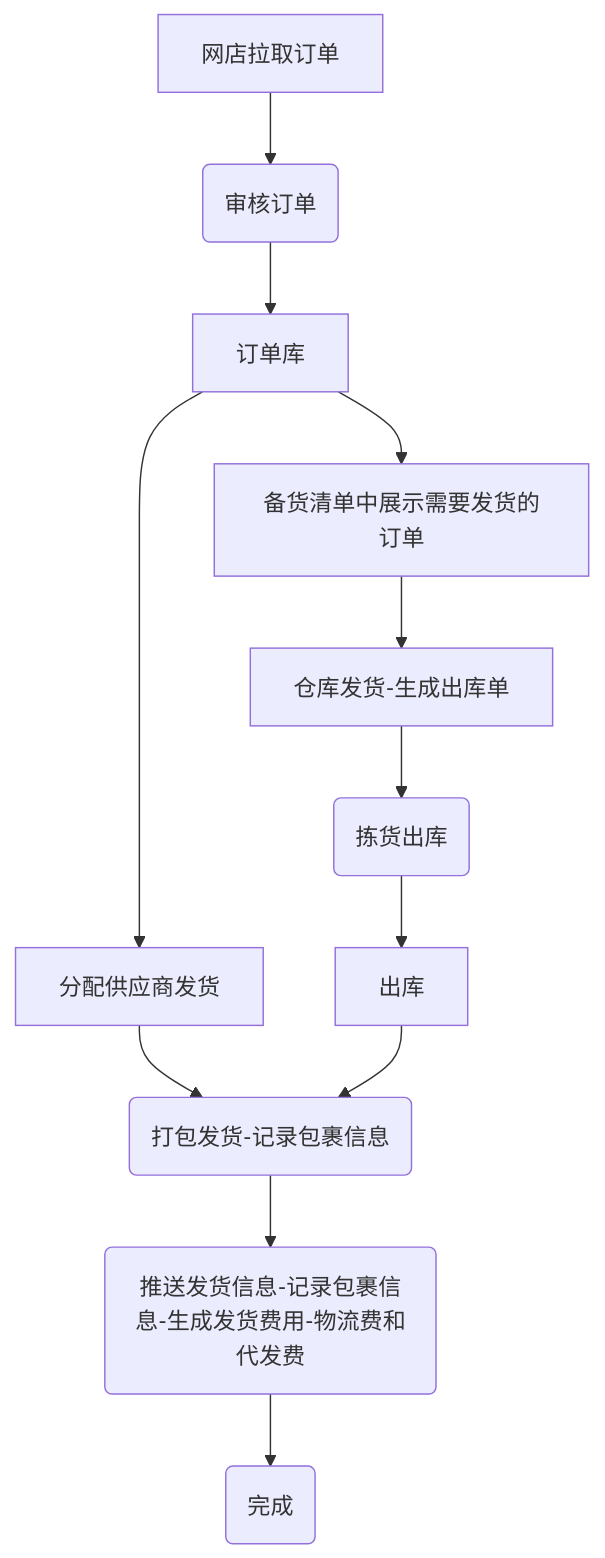
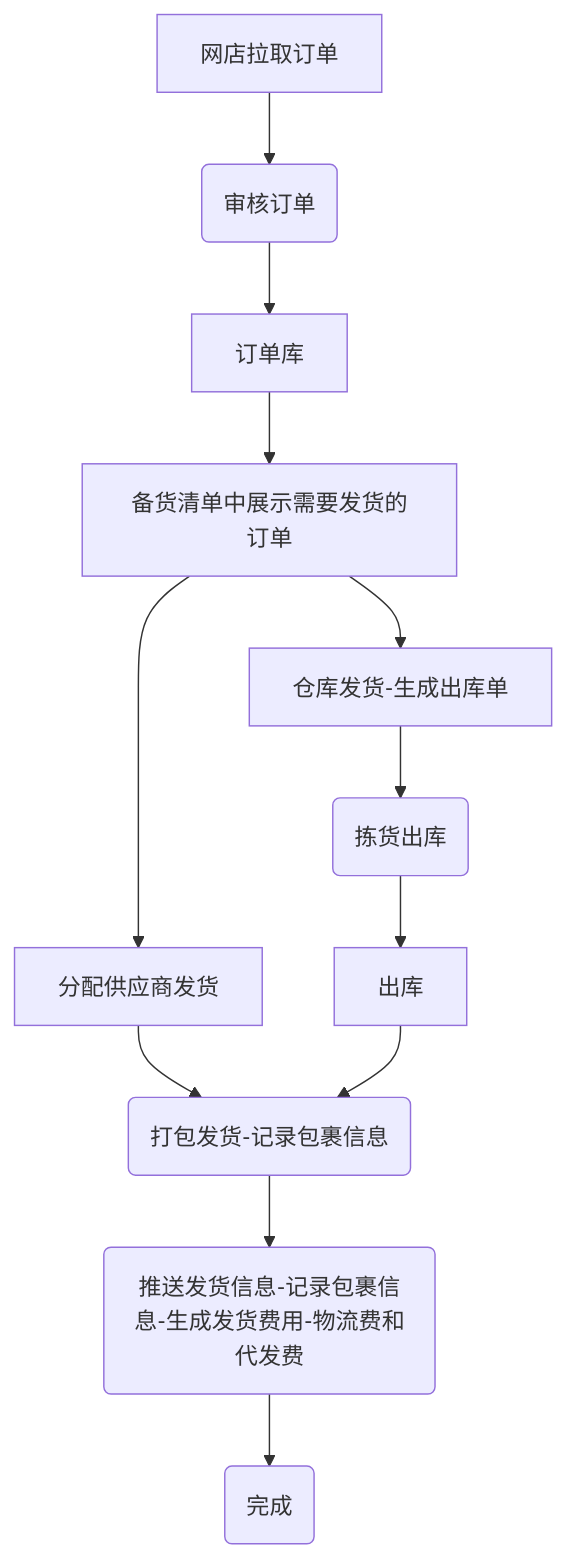
The third of 6 diagrams in README.md (zeasin/qihangerp), drawn with Mermaid before and after one commit.

````diff
--- a/README.md
+++ b/README.md
@@ -89,14 +89,14 @@
 ```mermaid
 graph TD
 A[网店拉取订单] -->B(审核订单)
     B --> C[订单库]
     C --> C1[备货清单中展示需要发货的订单]
     C1 --> D[仓库发货-生成出库单]
-    C --> E[分配供应商发货]
+    C1 --> E[分配供应商发货]
     D --> F(拣货出库)
     F --> F1[出库]
     E --> H(打包发货-记录包裹信息)
     F1 --> H
     H --> G(推送发货信息-记录包裹信息-生成发货费用-物流费和代发费)
     G --> I(完成)
 ```
````
